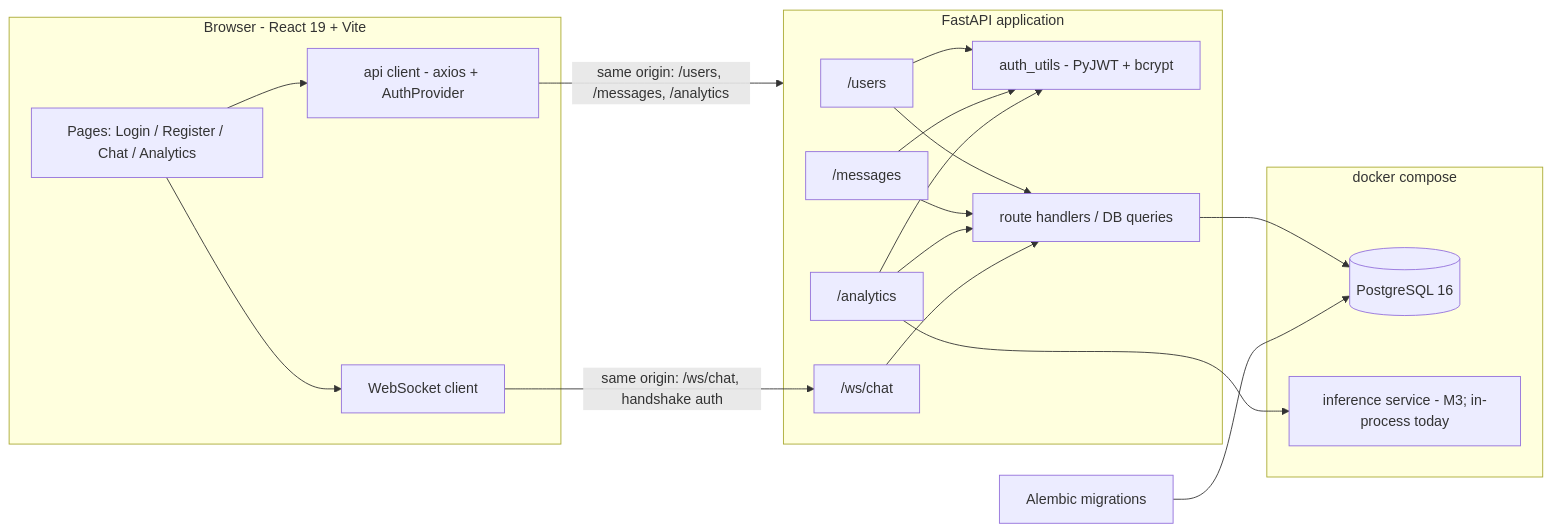
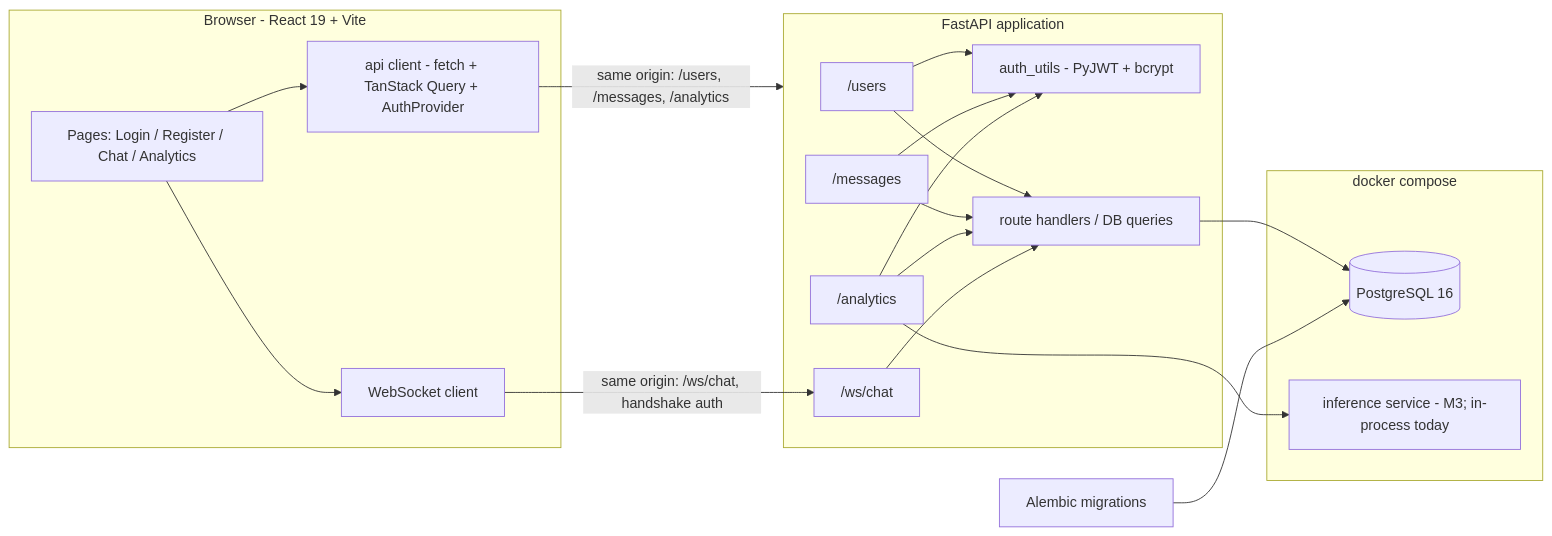
Before and after one commit to zoyaumar/Chat-Analyzer-AI: the diagram in README.md, drawn with Mermaid. The commit also changed other lines of this file and 20 other files, not shown here.

Commit message:
feat: replace axios with a typed fetch client & add a TanStack Query server-state layer

````diff
--- a/README.md
+++ b/README.md
@@ -96,39 +96,39 @@
 ```mermaid
 flowchart LR
     subgraph Browser["Browser - React 19 + Vite"]
         UI["Pages: Login / Register / Chat / Analytics"]
-        CL["api client - axios + AuthProvider"]
+        CL["api client - fetch + TanStack Query + AuthProvider"]
         WSC["WebSocket client"]
     end
 
     subgraph API["FastAPI application"]
         R_USERS["/users"]
         R_MSG["/messages"]
         R_ANA["/analytics"]
         R_WS["/ws/chat"]
         AUTH["auth_utils - PyJWT + bcrypt"]
         ROUTES["route handlers / DB queries"]
     end
 
     subgraph Compose["docker compose"]
         DB[("PostgreSQL 16")]
         INF["inference service - M3; in-process today"]
     end
 
     ALEMBIC["Alembic migrations"]
 
     UI --> CL
     UI --> WSC
     CL -- "same origin: /users, /messages, /analytics" --> API
     WSC -- "same origin: /ws/chat, handshake auth" --> R_WS
     R_USERS --> AUTH
     R_MSG --> AUTH
     R_ANA --> AUTH
     R_USERS --> ROUTES
     R_MSG --> ROUTES
     R_ANA --> ROUTES
     ROUTES --> DB
     R_WS --> ROUTES
     R_ANA --> INF
     ALEMBIC --> DB
 ```
````
